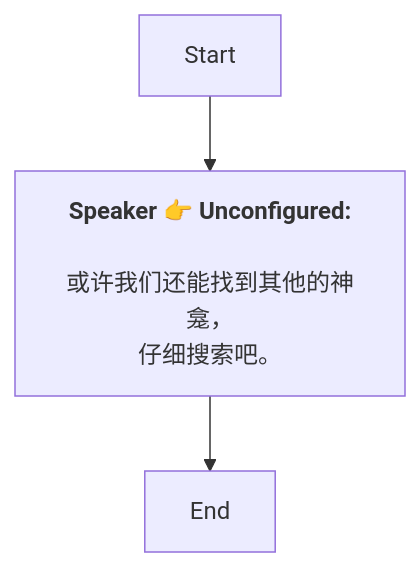
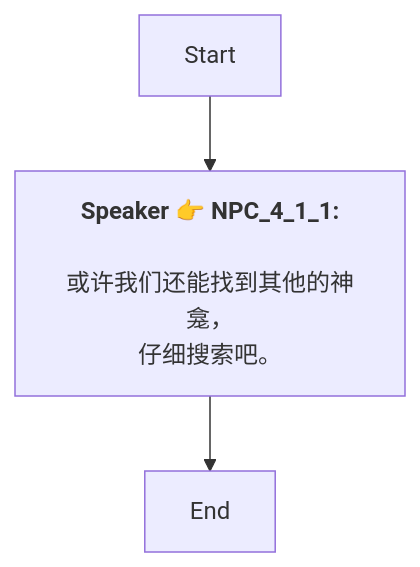
One commit to SoftHu/tos_avg changed the diagram in Zh/QuestApproachDialogNode_1738527676189808.md. Above: the diagram before and after it, drawn with Mermaid. The commit also changed 737 other files, not shown here.

````diff
--- a/Zh/QuestApproachDialogNode_1738527676189808.md
+++ b/Zh/QuestApproachDialogNode_1738527676189808.md
@@ -1,9 +1,8 @@
 ```mermaid
 graph
-Start -->1738527893680243[<b>Speaker 👉 Unconfigured:</b>
-
-或许我们还能找到其他的神龛，
+Start -->1738527893680243[<b>Speaker 👉 NPC_4_1_1:</b>
+\n或许我们还能找到其他的神龛，
 仔细搜索吧。]
 1738527893680243 -->1738527895807092[End]
 
- ```
+```
````
